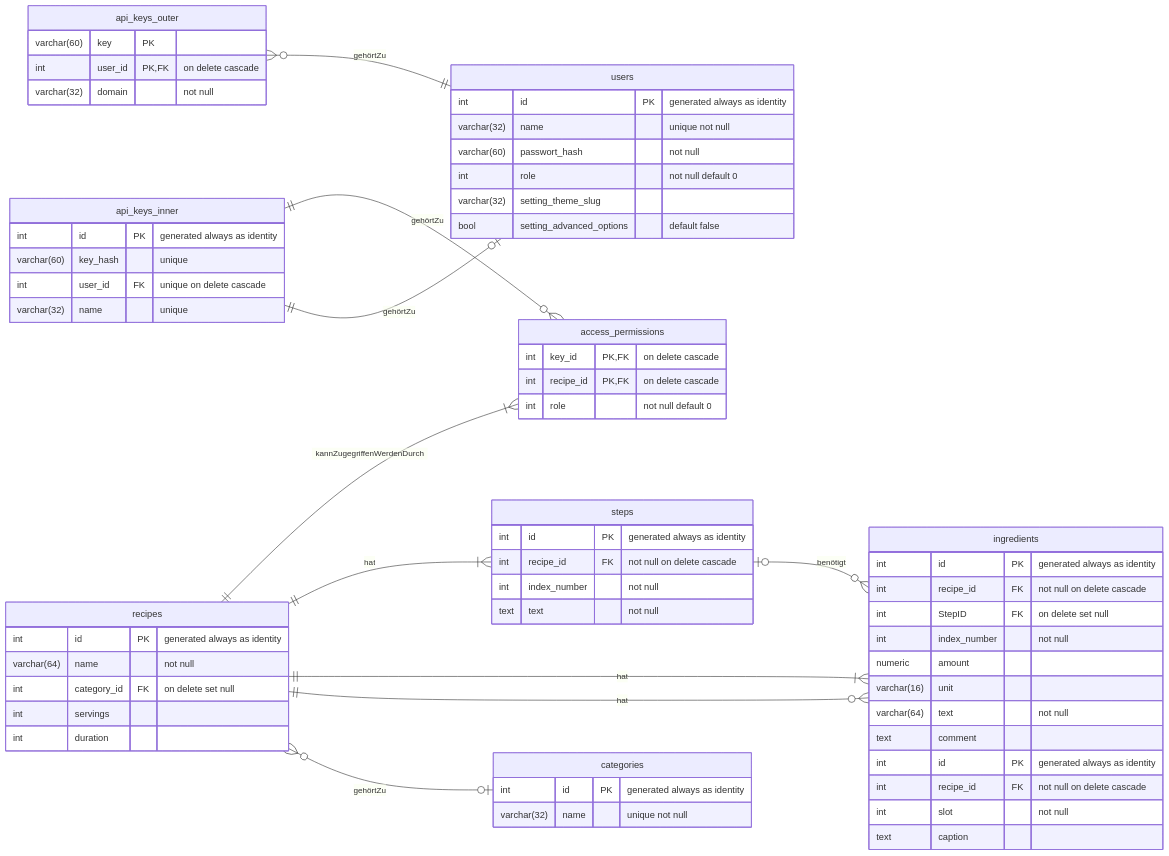
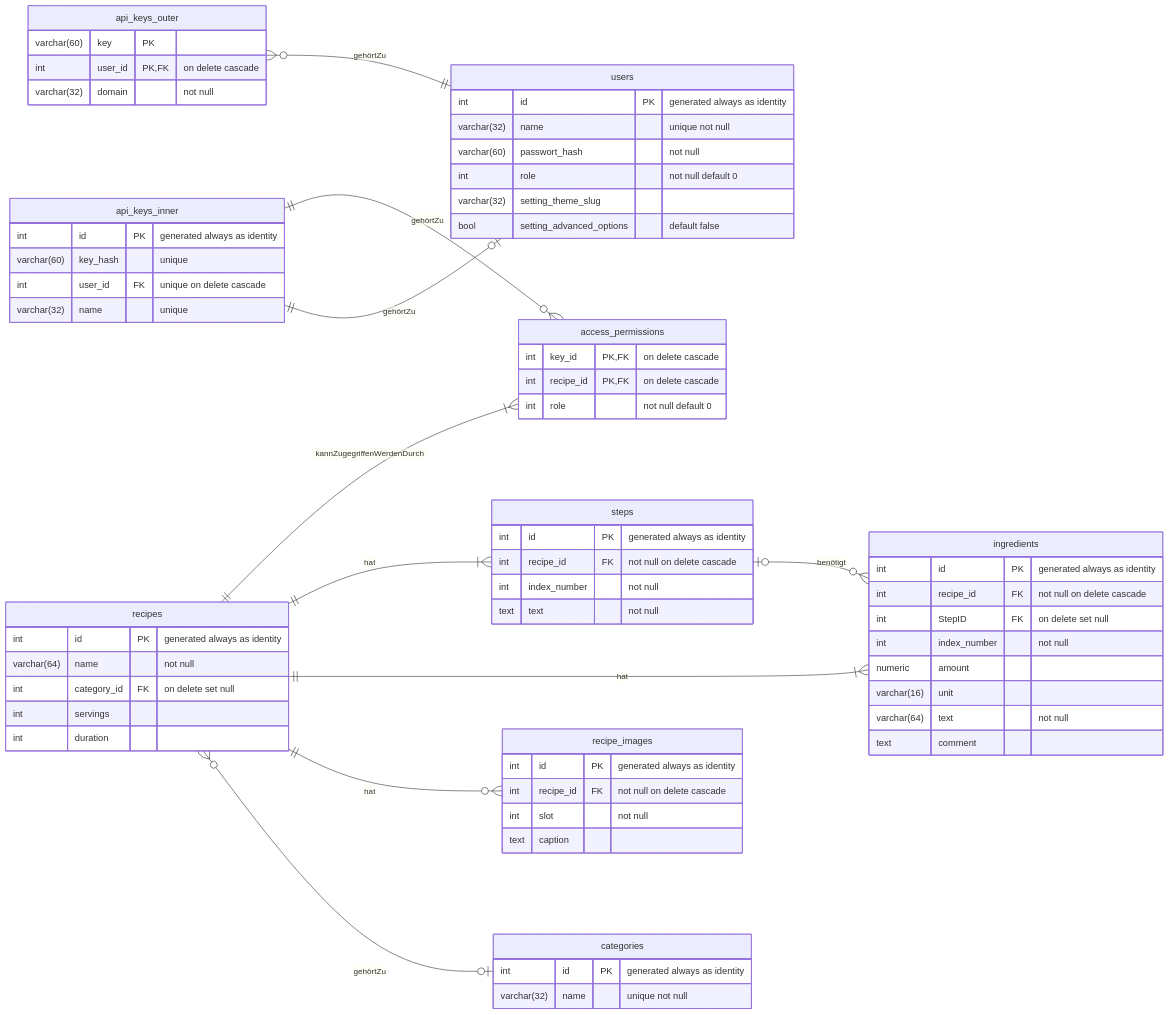
The diagram in planning/db.md (juve33/kochbuch), drawn with Mermaid before and after one commit.

Commit message:
fix: fixed naming issue in er diagram

````diff
--- a/planning/db.md
+++ b/planning/db.md
@@ -3,80 +3,80 @@
 ```mermaid
 erDiagram
 direction LR
 
 u[users] {
     int id PK "generated always as identity"
     varchar(32) name "unique not null"
     varchar(60) passwort_hash "not null"
     int role "not null default 0"
     varchar(32) setting_theme_slug
     bool setting_advanced_options "default false"
 }
 
 c[categories] {
     int id PK "generated always as identity"
     varchar(32) name "unique not null"
 }
 
 r[recipes] {
     int id PK "generated always as identity"
     varchar(64) name "not null"
     int category_id FK "on delete set null"
     int servings
     int duration
 }
 
 s[steps] {
     int id PK "generated always as identity"
     int recipe_id FK "not null on delete cascade"
     int index_number "not null"
     text text "not null"
 }
 
 i[ingredients] {
     int id PK "generated always as identity"
     int recipe_id FK "not null on delete cascade"
     int StepID FK "on delete set null"
     int index_number "not null"
     numeric amount
     varchar(16) unit
     varchar(64) text "not null"
     text comment
 }
 
 apii[api_keys_inner] {
     int id PK "generated always as identity"
     varchar(60) key_hash "unique"
     int user_id FK "unique on delete cascade"
     varchar(32) name "unique"
 }
 
 apio[api_keys_outer] {
     varchar(60) key PK
     int user_id PK, FK "on delete cascade"
     varchar(32) domain "not null"
 }
 
 a[access_permissions] {
     int key_id PK, FK "on delete cascade"
     int recipe_id PK, FK "on delete cascade"
     int role "not null default 0"
 }
 
-i[recipe_images] {
+im[recipe_images] {
     int id PK "generated always as identity"
     int recipe_id FK "not null on delete cascade"
     int slot "not null"
     text caption
 }
 
 r }o--o| c: gehörtZu
-r ||--o{ i: hat
+r ||--o{ im: hat
 r ||--|{ i: hat
 r ||--|{ s: hat
 s |o--o{ i: benötigt
 apii ||--o| u: gehörtZu
 apio }o--|| u: gehörtZu
 apii ||--o{ a: gehörtZu
 r ||--|{ a: kannZugegriffenWerdenDurch
 ```
````
